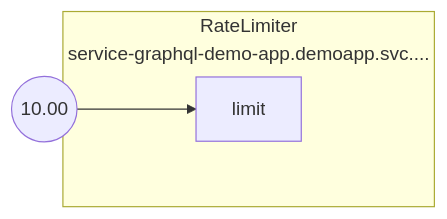
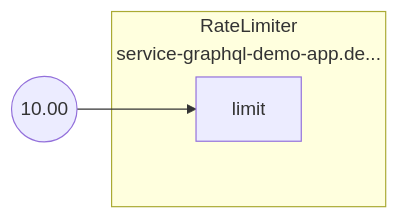
The diagram in docs/content/tutorials/integrations/flow-control/classification/assets/graphql-rate-limiting/graphql-rate-limiting-jwt.mmd (fluxninja/aperture), drawn with Mermaid before and after one commit. The commit also changed 18 other files, not shown here.

```diff
--- a/docs/content/tutorials/integrations/flow-control/classification/assets/graphql-rate-limiting/graphql-rate-limiting-jwt.mmd
+++ b/docs/content/tutorials/integrations/flow-control/classification/assets/graphql-rate-limiting/graphql-rate-limiting-jwt.mmd
@@ -1,9 +1,9 @@
 flowchart LR
 FakeConstant0((10.00))
 FakeConstant0 --> root.0limit
-subgraph root.0[<center>RateLimiter<br/>service-graphql-demo-app.demoapp.svc....</center>]
+subgraph root.0[<center>RateLimiter<br/>service-graphql-demo-app.de...</center>]
 subgraph root.0_inports[ ]
 style root.0_inports fill:none,stroke:none
 root.0limit[limit]
 end
 end
```
